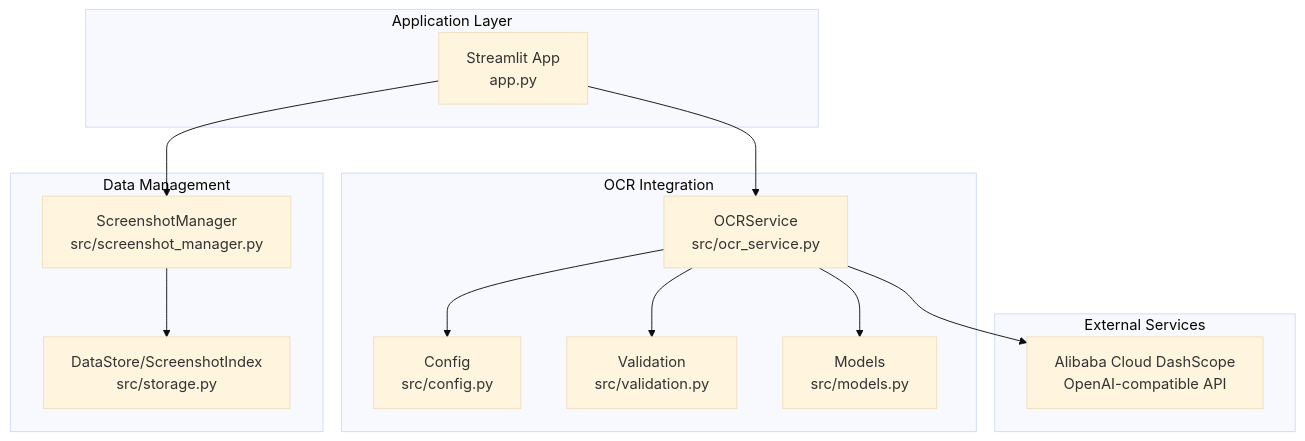
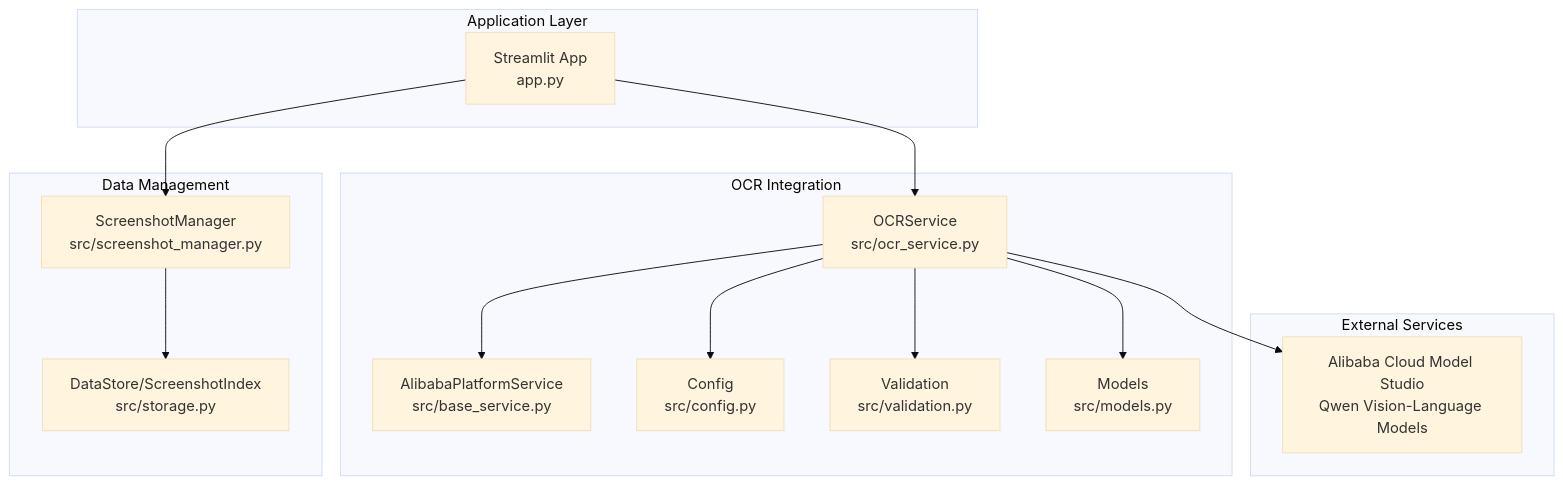
One commit to Johnny22056/SwimingStatus changed the first of 8 diagrams in .qoder/repowiki/en/content/Feature Modules/OCR Integration.md. Above: the diagram before and after it, drawn with Mermaid (base theme). The commit also changed other lines of this file and 8 other files, not shown here.

````diff
--- a/.qoder/repowiki/en/content/Feature Modules/OCR Integration.md
+++ b/.qoder/repowiki/en/content/Feature Modules/OCR Integration.md
@@ -40,26 +51,28 @@
 ```mermaid
 graph TB
 subgraph "Application Layer"
 UI["Streamlit App<br/>app.py"]
 end
 subgraph "OCR Integration"
 OCR["OCRService<br/>src/ocr_service.py"]
+BASE["AlibabaPlatformService<br/>src/base_service.py"]
 CFG["Config<br/>src/config.py"]
 VAL["Validation<br/>src/validation.py"]
 M["Models<br/>src/models.py"]
 end
 subgraph "Data Management"
 SM["ScreenshotManager<br/>src/screenshot_manager.py"]
 DS["DataStore/ScreenshotIndex<br/>src/storage.py"]
 end
 subgraph "External Services"
-ALI["Alibaba Cloud DashScope<br/>OpenAI-compatible API"]
+ALI["Alibaba Cloud Model Studio<br/>Qwen Vision-Language Models"]
 end
 UI --> SM
 UI --> OCR
+OCR --> BASE
 OCR --> CFG
 OCR --> VAL
 OCR --> M
 OCR --> ALI
 SM --> DS
 ```
````
